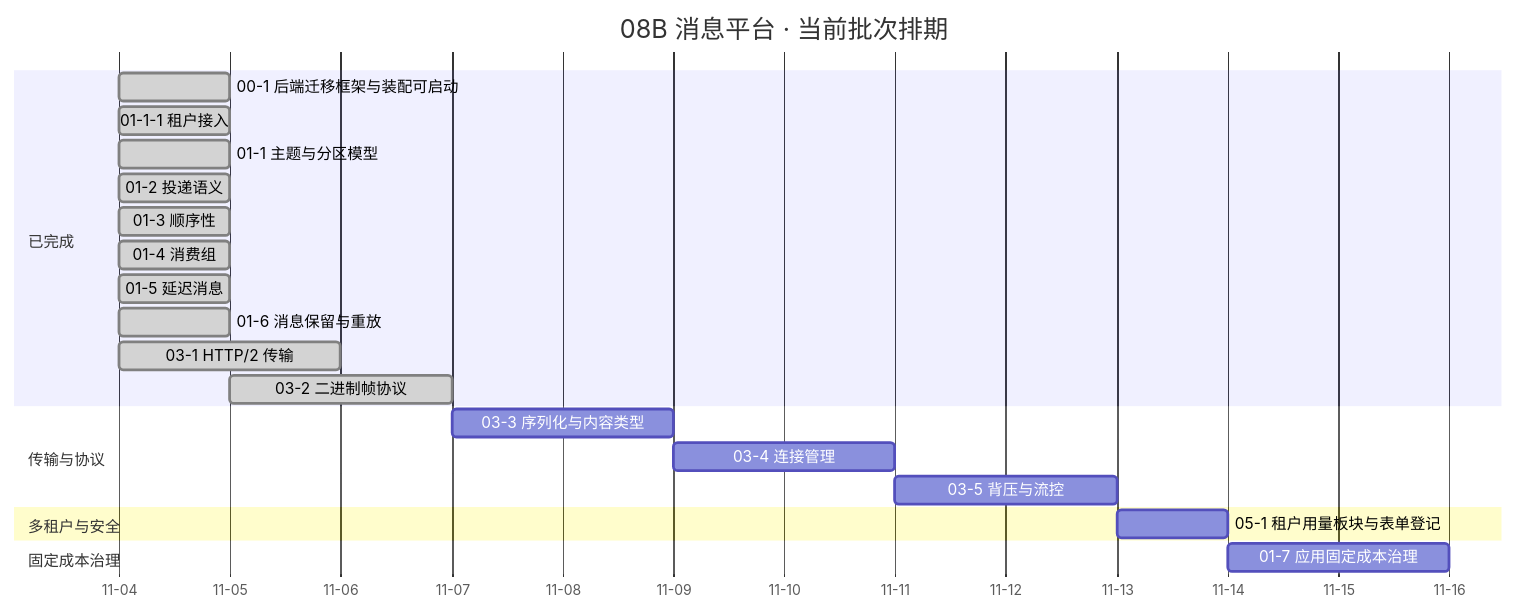
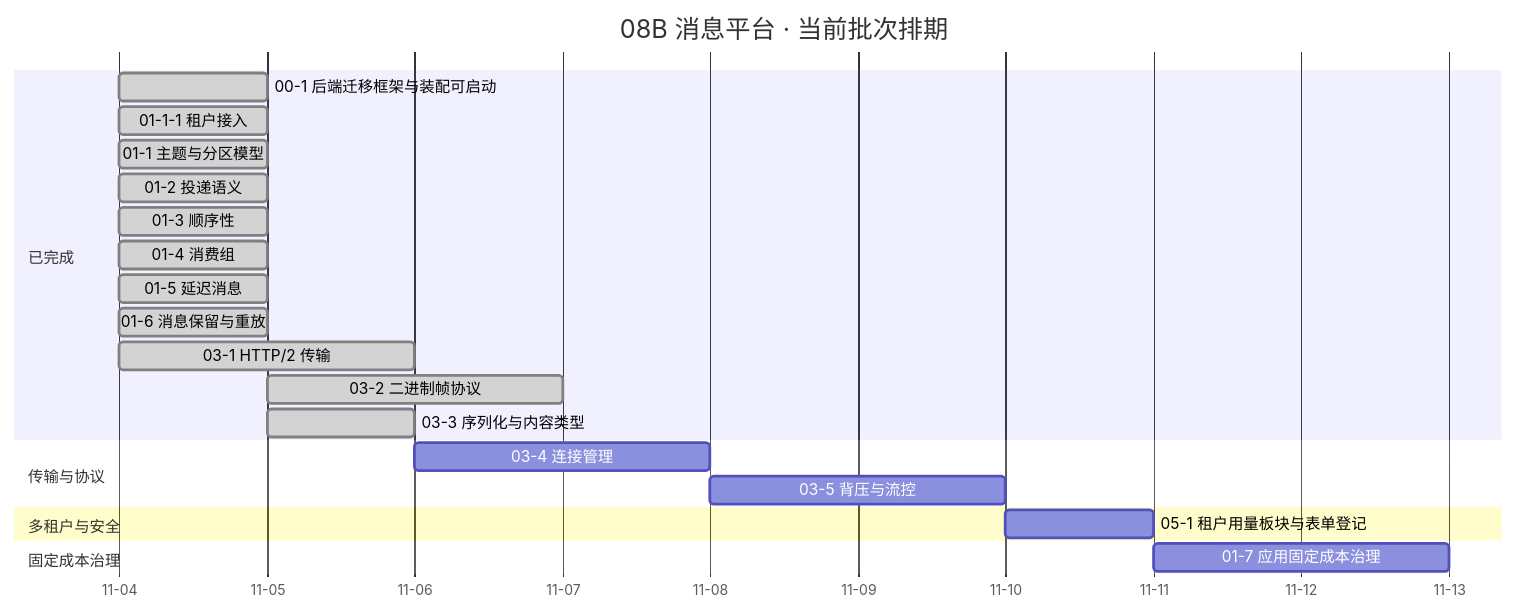
Before and after one commit to minjian123/message-platform: the diagram in msg文档/项目/08B_消息平台/计划/01_计划_消息平台.md, drawn with Mermaid. The commit also changed other lines of this file and 7 other files, not shown here.

````diff
--- a/msg文档/项目/08B_消息平台/计划/01_计划_消息平台.md
+++ b/msg文档/项目/08B_消息平台/计划/01_计划_消息平台.md
@@ -66,26 +66,26 @@
 ```mermaid
 gantt
     title 08B 消息平台 · 当前批次排期
     %% 任务域 02 全部为搁置行（待 8B_01 go/no-go / 8B_05），不入甘特
     dateFormat YYYY-MM-DD
     axisFormat %m-%d
     section 已完成
     00-1 后端迁移框架与装配可启动 :done, d001, 2026-11-04, 1d
     01-1-1 租户接入 :done, d0111, 2026-11-04, 1d
     01-1 主题与分区模型 :done, t011, 2026-11-04, 1d
     01-2 投递语义 :done, t012, 2026-11-04, 1d
     01-3 顺序性 :done, t013, 2026-11-04, 1d
     01-4 消费组 :done, t014, 2026-11-04, 1d
     01-5 延迟消息 :done, t015, 2026-11-04, 1d
     01-6 消息保留与重放 :done, t016, 2026-11-04, 1d
     03-1 HTTP/2 传输 :done, t031, 2026-11-04, 2d
     03-2 二进制帧协议 :done, t032, 2026-11-05, 2d
+    03-3 序列化与内容类型 :done, t033, 2026-11-05, 1d
     section 传输与协议
-    03-3 序列化与内容类型 :t033, after t032, 2d
     03-4 连接管理 :t034, after t033, 2d
     03-5 背压与流控 :t035, after t034, 2d
     section 多租户与安全
     05-1 租户用量板块与表单登记 :t051, after t035, 1d
     section 固定成本治理
     01-7 应用固定成本治理 :t017, after t051, 2d
 ```
````
